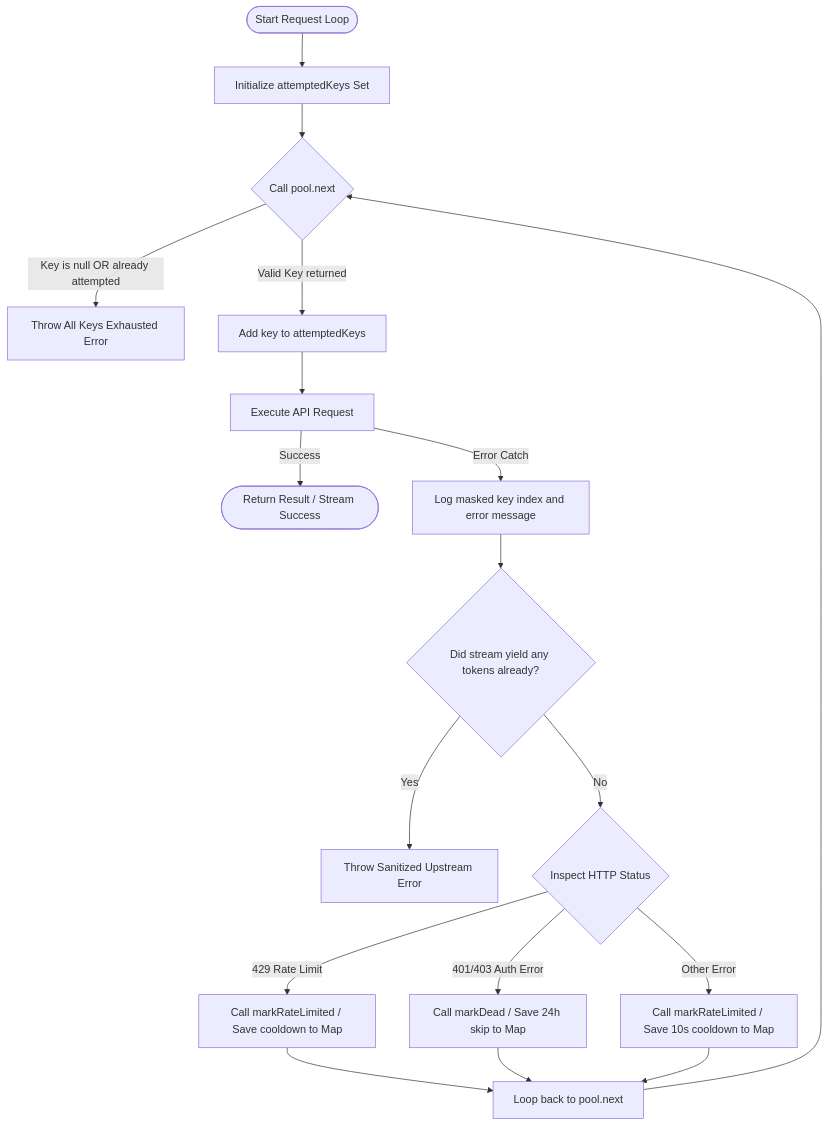
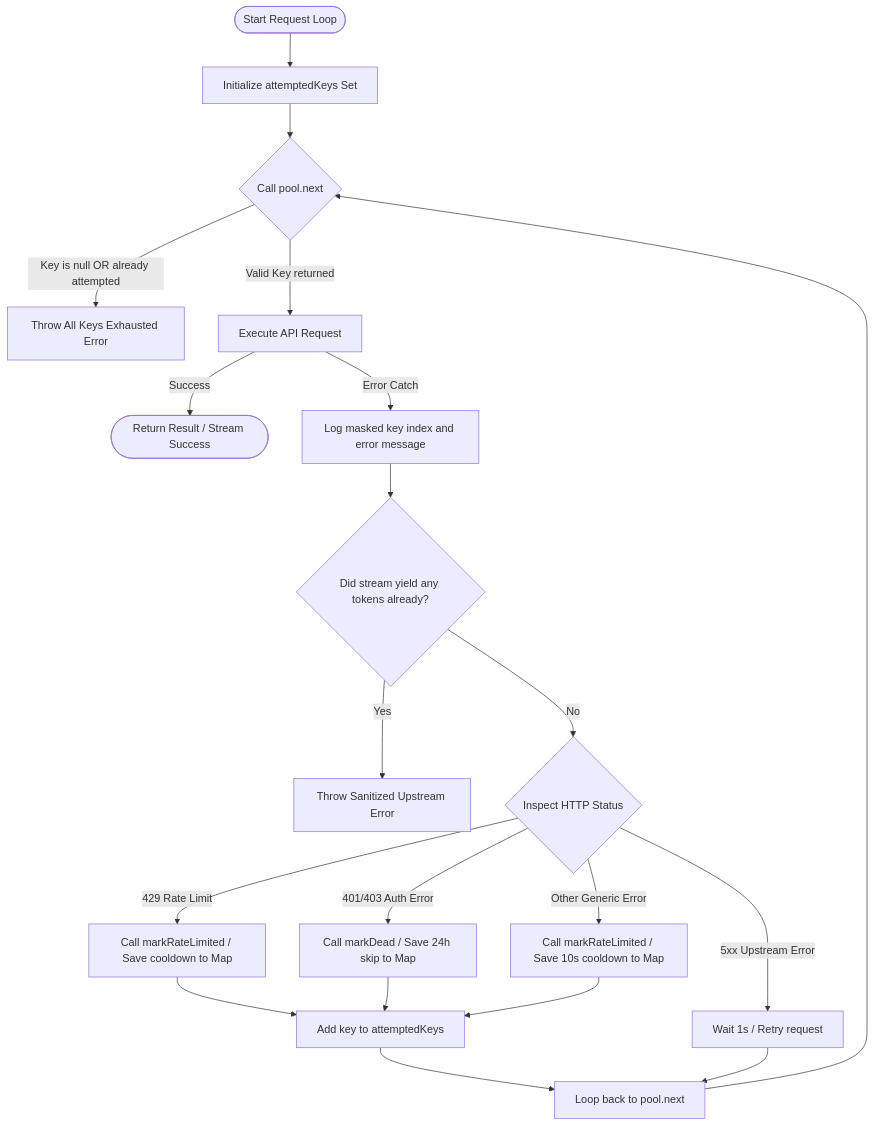
Before and after one commit to Purushotham-Prajapati-24/AgentDesk: the diagram in docs/key-pool-architecture.md, drawn with Mermaid.

Commit message:
docs: update Mermaid diagram to reflect transient 5xx retry logic

````diff
--- a/docs/key-pool-architecture.md
+++ b/docs/key-pool-architecture.md
@@ -7,31 +7,33 @@
 ```mermaid
 graph TD
   Start([Start Request Loop]) --> InitAttempted[Initialize attemptedKeys Set]
   InitAttempted --> GetNextKey{Call pool.next}
   
   GetNextKey -- "Key is null OR already attempted" --> FailExhausted[Throw All Keys Exhausted Error]
   
-  GetNextKey -- "Valid Key returned" --> AddAttempted[Add key to attemptedKeys]
-  
-  AddAttempted --> ExecuteRequest[Execute API Request]
+  GetNextKey -- "Valid Key returned" --> ExecuteRequest[Execute API Request]
   
   ExecuteRequest -- "Success" --> ReturnSuccess([Return Result / Stream Success])
   
   ExecuteRequest -- "Error Catch" --> LogError[Log masked key index and error message]
   
   LogError --> YieldedCheck{Did stream yield any tokens already?}
   
   YieldedCheck -- "Yes" --> ThrowSanitized[Throw Sanitized Upstream Error]
   
   YieldedCheck -- "No" --> InspectStatus{Inspect HTTP Status}
   
   InspectStatus -- "429 Rate Limit" --> MarkRateLimited[Call markRateLimited / Save cooldown to Map]
   InspectStatus -- "401/403 Auth Error" --> MarkDead[Call markDead / Save 24h skip to Map]
-  InspectStatus -- "Other Error" --> MarkGeneric[Call markRateLimited / Save 10s cooldown to Map]
+  InspectStatus -- "5xx Upstream Error" --> WaitRetry[Wait 1s / Retry request]
+  InspectStatus -- "Other Generic Error" --> MarkGeneric[Call markRateLimited / Save 10s cooldown to Map]
   
-  MarkRateLimited --> LoopNext[Loop back to pool.next]
-  MarkDead --> LoopNext
-  MarkGeneric --> LoopNext
+  MarkRateLimited --> AddAttemptedKey[Add key to attemptedKeys]
+  MarkDead --> AddAttemptedKey
+  MarkGeneric --> AddAttemptedKey
+  
+  AddAttemptedKey --> LoopNext[Loop back to pool.next]
+  WaitRetry --> LoopNext
   
   LoopNext --> GetNextKey
 ```
````
